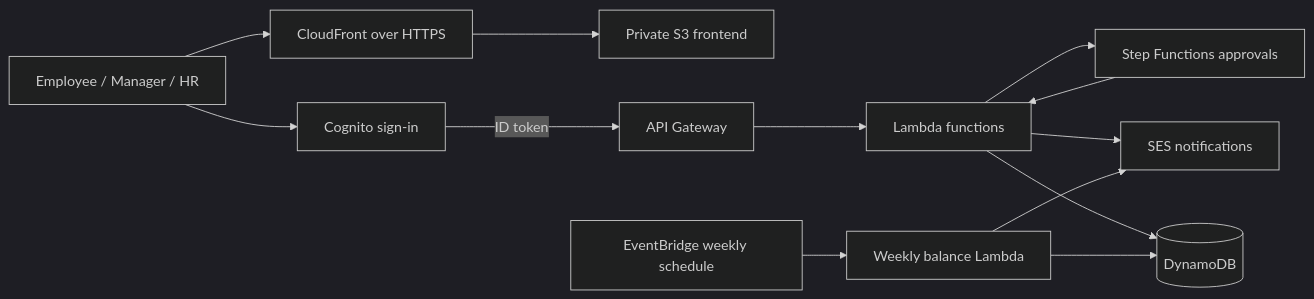
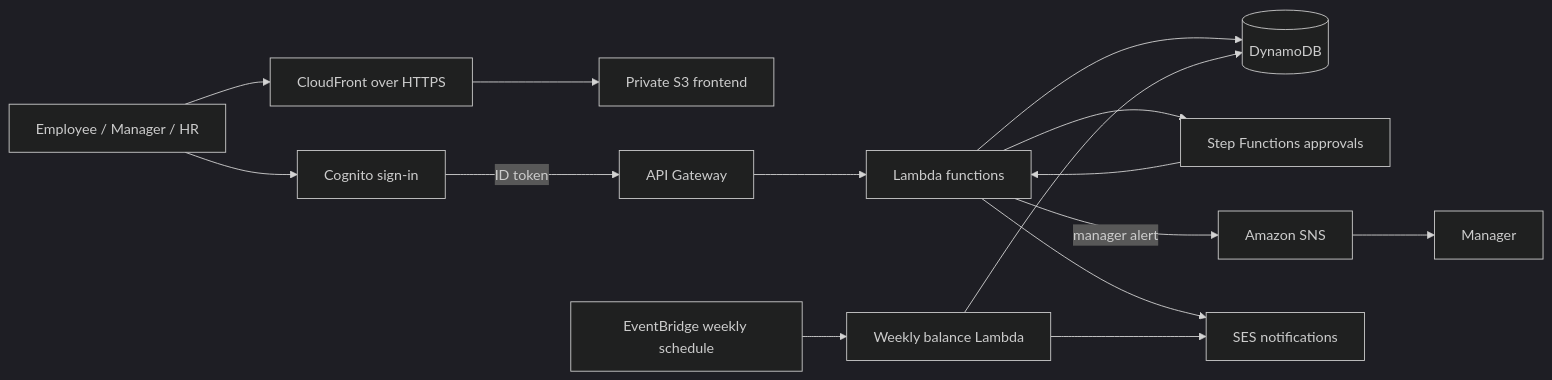
Before and after one commit to preethikakarla551/smart-leave-absence-management-engine: the diagram in README.md, drawn with Mermaid (dark theme). The commit also changed other lines of this file, not shown here.

Commit message:
Document SNS alerts and notification evidence

````diff
--- a/README.md
+++ b/README.md
@@ -54,15 +55,17 @@
 ```mermaid
 flowchart LR
   E[Employee / Manager / HR] --> CF[CloudFront over HTTPS]
   CF --> S3[Private S3 frontend]
   E --> C[Cognito sign-in]
   C -->|ID token| API[API Gateway]
   API --> L[Lambda functions]
   L --> D[(DynamoDB)]
   L --> SF[Step Functions approvals]
   SF --> L
+  L -->|manager alert| SNS[Amazon SNS]
+  SNS --> M[Manager]
   L --> SES[SES notifications]
   EB[EventBridge weekly schedule] --> W[Weekly balance Lambda]
   W --> D
   W --> SES
 ```
````
